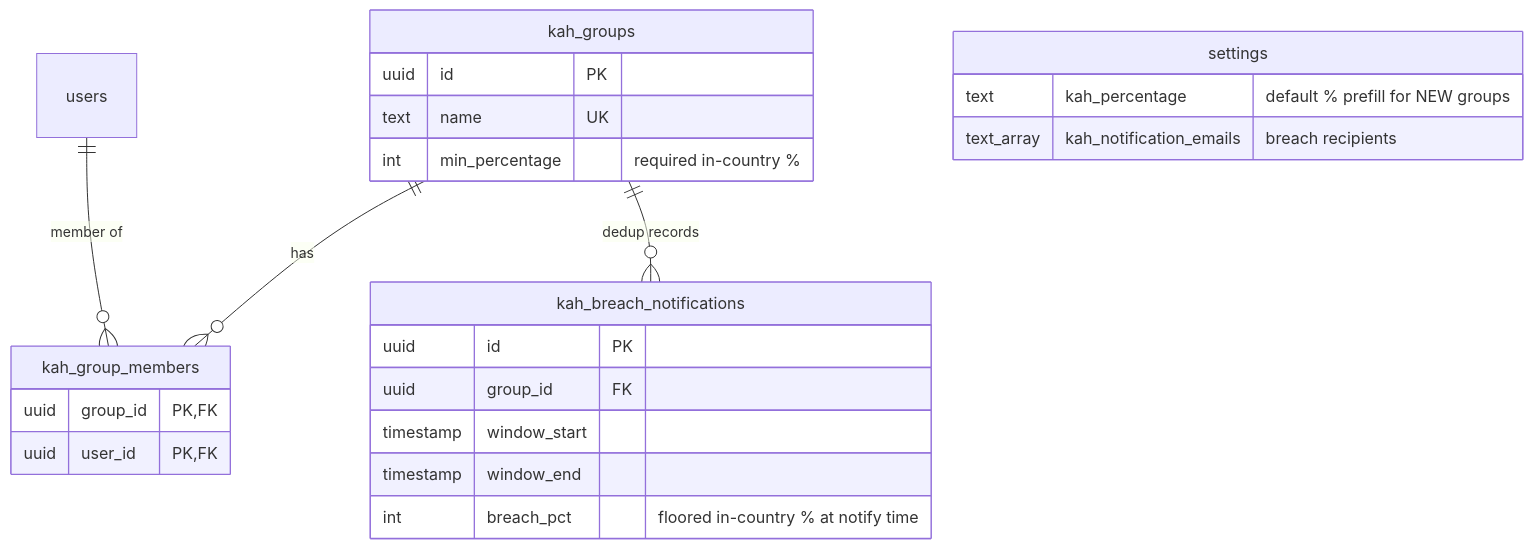
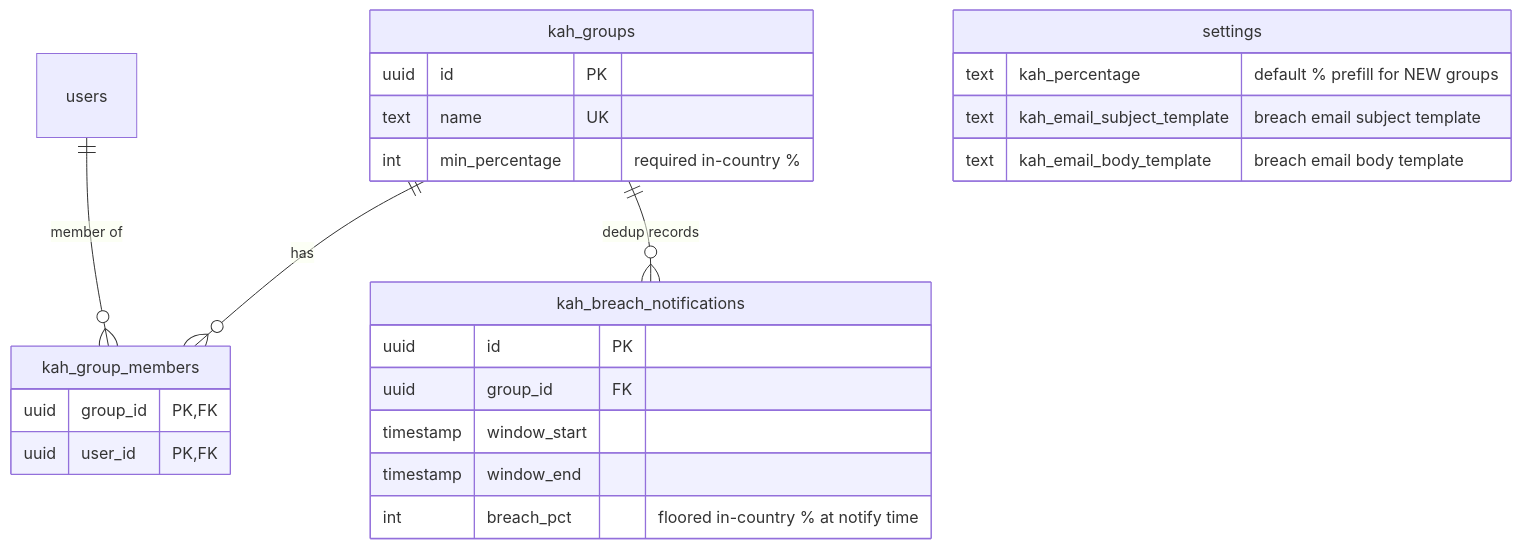
Before and after one commit to oncloudnintynineone-source/cloudy2: the second of 4 diagrams in docs/kah.md, drawn with Mermaid. The commit also changed other lines of this file and 24 other files, not shown here.

````diff
--- a/docs/kah.md
+++ b/docs/kah.md
@@ -47,26 +47,27 @@
 ```mermaid
 erDiagram
     kah_groups ||--o{ kah_group_members : has
     kah_groups ||--o{ kah_breach_notifications : "dedup records"
     users ||--o{ kah_group_members : "member of"
     settings {
         text kah_percentage "default % prefill for NEW groups"
-        text_array kah_notification_emails "breach recipients"
+        text kah_email_subject_template "breach email subject template"
+        text kah_email_body_template "breach email body template"
     }
     kah_groups {
         uuid id PK
         text name UK
         int min_percentage "required in-country %"
     }
     kah_group_members {
         uuid group_id PK,FK
         uuid user_id PK,FK
     }
     kah_breach_notifications {
         uuid id PK
         uuid group_id FK
         timestamp window_start
         timestamp window_end
         int breach_pct "floored in-country % at notify time"
     }
 ```
````
